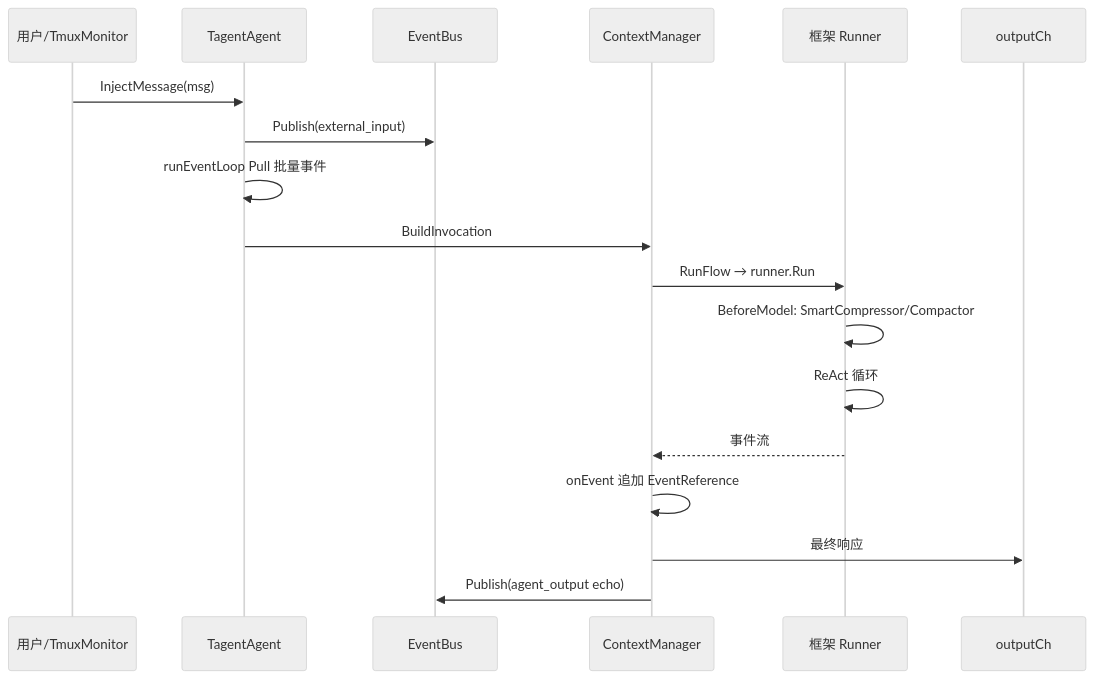
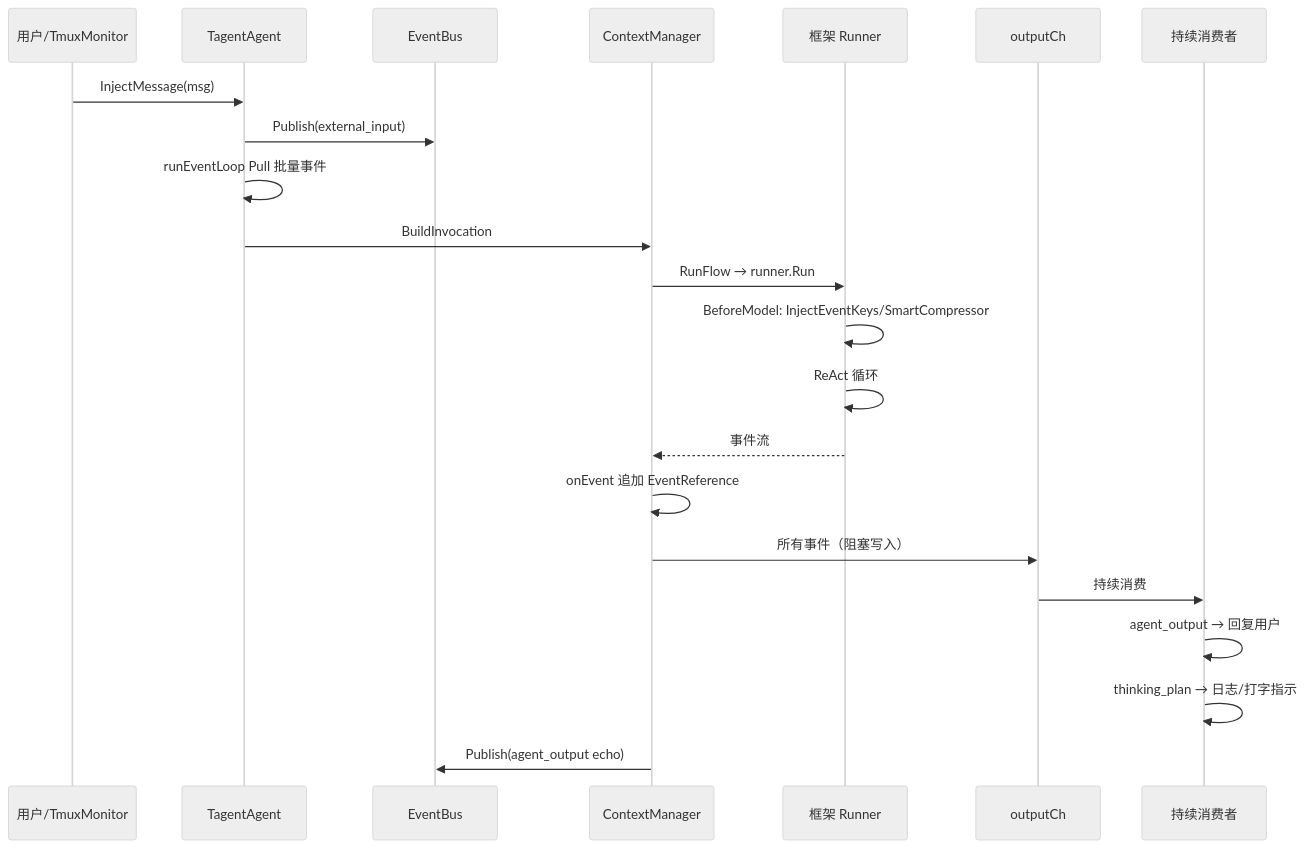
The seventh of 9 diagrams in README.md (SpellingDragon/tagent), drawn with Mermaid (neutral theme) before and after one commit. The commit also changed other lines of this file and 67 other files, not shown here.

````diff
--- a/README.md
+++ b/README.md
@@ -300,21 +302,25 @@
 ```mermaid
 sequenceDiagram
     participant U as 用户/TmuxMonitor
     participant TA as TagentAgent
     participant EB as EventBus
     participant CM as ContextManager
     participant RUN as 框架 Runner
     participant OC as outputCh
+    participant C as 持续消费者
 
     U->>TA: InjectMessage(msg)
     TA->>EB: Publish(external_input)
     TA->>TA: runEventLoop Pull 批量事件
     TA->>CM: BuildInvocation
     CM->>RUN: RunFlow → runner.Run
-    RUN->>RUN: BeforeModel: SmartCompressor/Compactor
+    RUN->>RUN: BeforeModel: InjectEventKeys/SmartCompressor
     RUN->>RUN: ReAct 循环
     RUN-->>CM: 事件流
     CM->>CM: onEvent 追加 EventReference
-    CM->>OC: 最终响应
+    CM->>OC: 所有事件（阻塞写入）
+    OC->>C: 持续消费
+    C->>C: agent_output → 回复用户
+    C->>C: thinking_plan → 日志/打字指示
     CM->>EB: Publish(agent_output echo)
 ```
````
